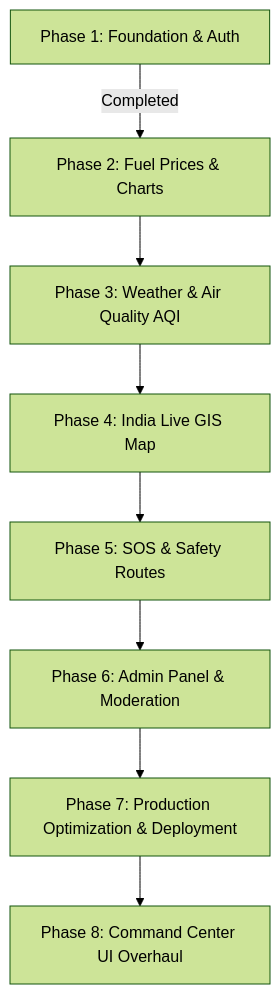
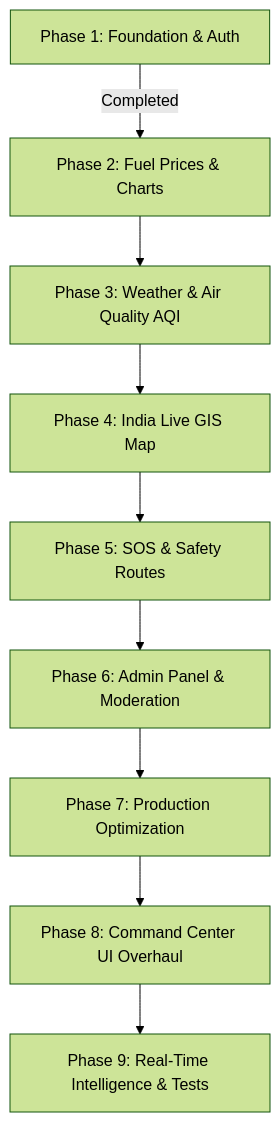
Before and after one commit to sanjaikumarkaleeswaran/India_Live_Monitor: the diagram in README.md, drawn with Mermaid (forest theme). The commit also changed other lines of this file, not shown here.

````diff
--- a/README.md
+++ b/README.md
@@ -119,10 +125,11 @@
 ```mermaid
 graph TD
   P1[Phase 1: Foundation & Auth] -->|Completed| P2[Phase 2: Fuel Prices & Charts]
   P2 --> P3[Phase 3: Weather & Air Quality AQI]
   P3 --> P4[Phase 4: India Live GIS Map]
   P4 --> P5[Phase 5: SOS & Safety Routes]
   P5 --> P6[Phase 6: Admin Panel & Moderation]
-  P6 --> P7[Phase 7: Production Optimization & Deployment]
+  P6 --> P7[Phase 7: Production Optimization]
   P7 --> P8[Phase 8: Command Center UI Overhaul]
+  P8 --> P9[Phase 9: Real-Time Intelligence & Tests]
 ```
````
